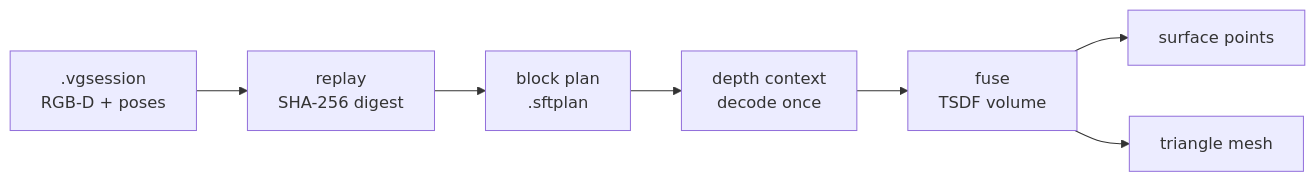
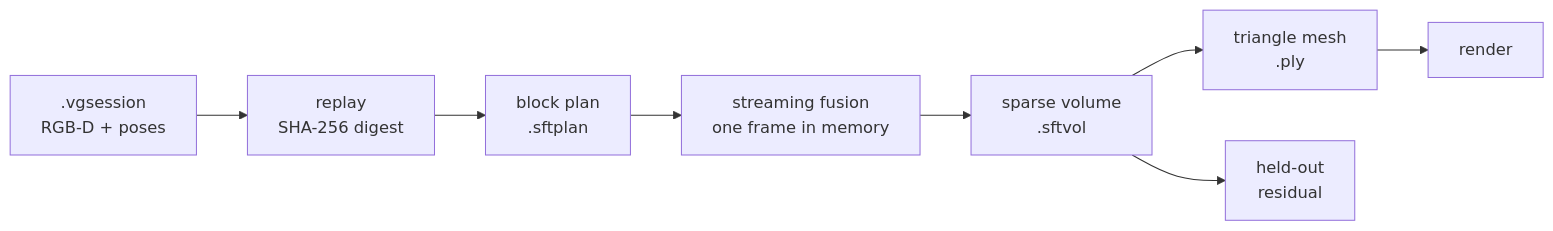
The diagram in README.md (SanishKumar/Spatial_Forge), drawn with Mermaid before and after one commit. The commit also changed other lines of this file and 20 other files, not shown here.

````diff
--- a/README.md
+++ b/README.md
@@ -158,9 +198,10 @@
 ```mermaid
 flowchart LR
     A[".vgsession<br/>RGB-D + poses"] --> B["replay<br/>SHA-256 digest"]
     B --> C["block plan<br/>.sftplan"]
-    C --> D["depth context<br/>decode once"]
-    D --> E["fuse<br/>TSDF volume"]
-    E --> F["surface points"]
-    E --> G["triangle mesh"]
+    C --> D["streaming fusion<br/>one frame in memory"]
+    D --> E["sparse volume<br/>.sftvol"]
+    E --> F["triangle mesh<br/>.ply"]
+    E --> G["held-out<br/>residual"]
+    F --> H["render"]
 ```
````
